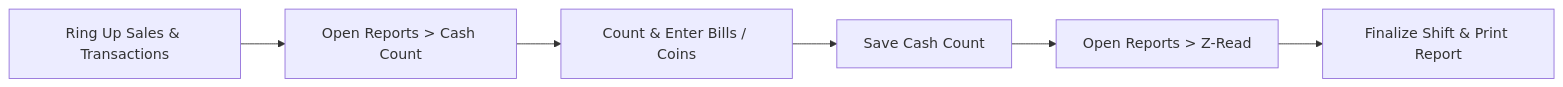
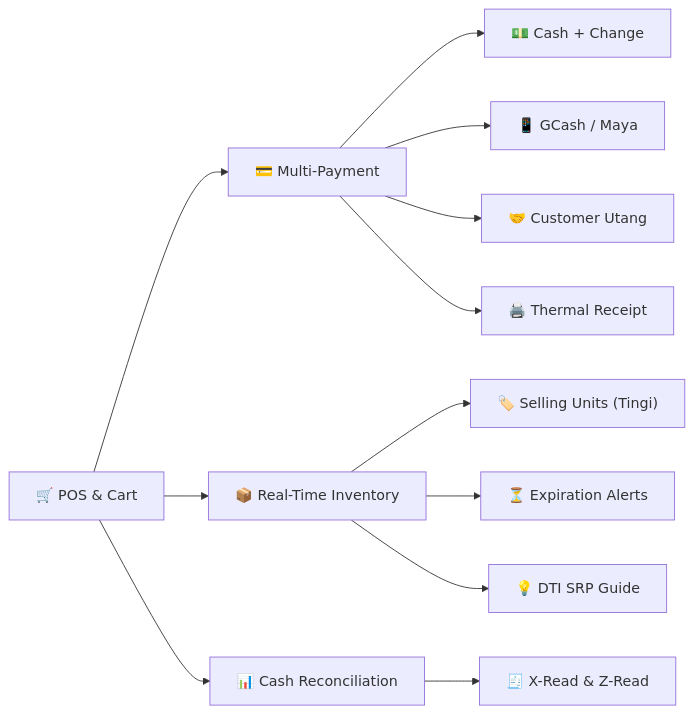
The diagram in README.md (Yazerukun/TINDA-POS-Android-Free), drawn with Mermaid before and after one commit. The commit also changed other lines of this file, not shown here.

````diff
--- a/README.md
+++ b/README.md
@@ -108,8 +74,14 @@
 ```mermaid
 flowchart LR
-    A["Ring Up Sales & Transactions"] --> B["Open Reports > Cash Count"]
-    B --> C["Count & Enter Bills / Coins"]
-    C --> D["Save Cash Count"]
-    D --> E["Open Reports > Z-Read"]
-    E --> F["Finalize Shift & Print Report"]
+    A["🛒 POS & Cart"] --> B["💳 Multi-Payment"]
+    B --> C1["💵 Cash + Change"]
+    B --> C2["📱 GCash / Maya"]
+    B --> C3["🤝 Customer Utang"]
+    A --> D["📦 Real-Time Inventory"]
+    D --> E1["🏷️ Selling Units (Tingi)"]
+    D --> E2["⏳ Expiration Alerts"]
+    D --> E3["💡 DTI SRP Guide"]
+    B --> F["🖨️ Thermal Receipt"]
+    A --> G["📊 Cash Reconciliation"]
+    G --> H["🧾 X-Read & Z-Read"]
 ```
````
